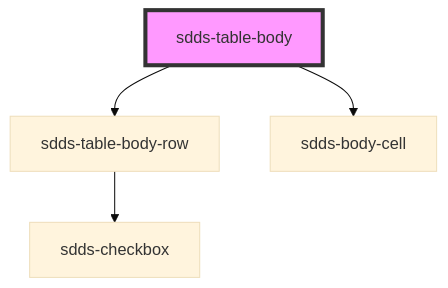
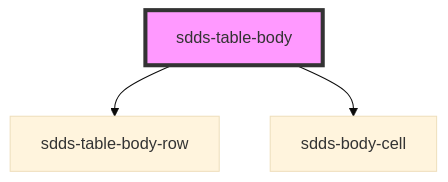
One commit to scania-digital-design-system/tegel changed the diagram in core/src/components/data-table/table-body/readme.md. Above: the diagram before and after it, drawn with Mermaid (base theme). The commit also changed 5 other files, not shown here.

````diff
--- a/core/src/components/data-table/table-body/readme.md
+++ b/core/src/components/data-table/table-body/readme.md
@@ -24,7 +24,6 @@
 ```mermaid
 graph TD;
   sdds-table-body --> sdds-table-body-row
   sdds-table-body --> sdds-body-cell
-  sdds-table-body-row --> sdds-checkbox
   style sdds-table-body fill:#f9f,stroke:#333,stroke-width:4px
 ```
````
